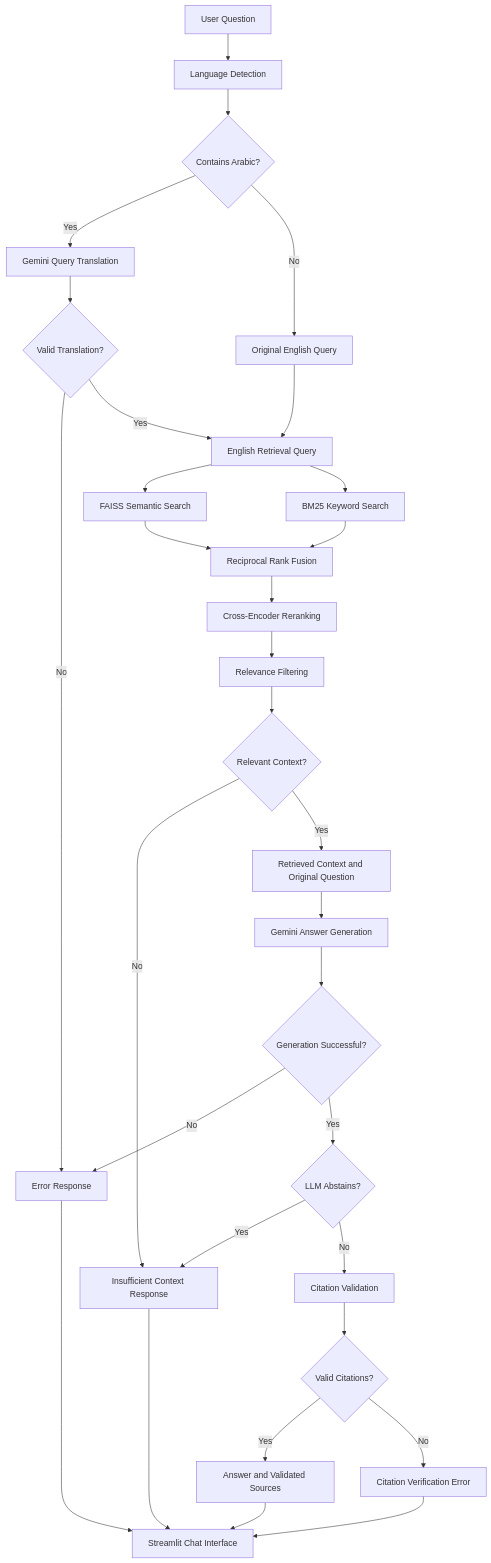
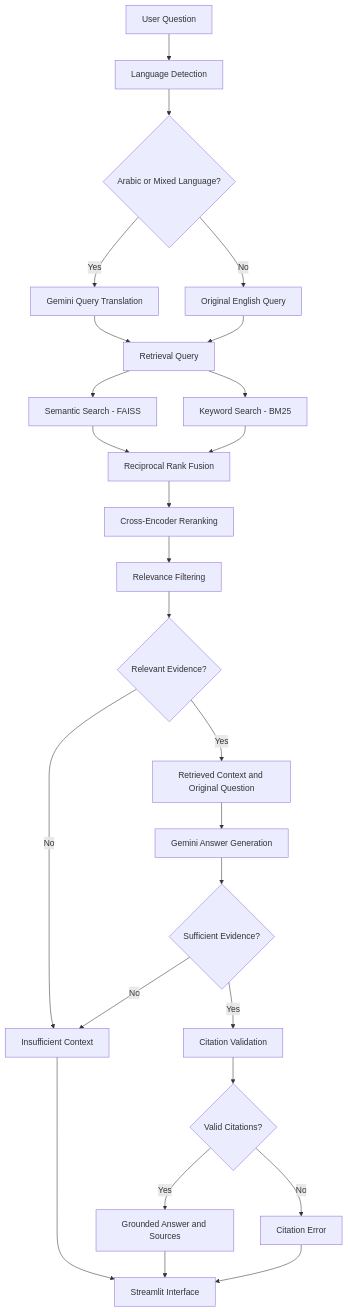
Before and after one commit to Maliii21/UniGuide-AI: the diagram in README.md, drawn with Mermaid. The commit also changed other lines of this file and 18 other files, not shown here.

````diff
--- a/README.md
+++ b/README.md
@@ -59,44 +49,28 @@
 ```mermaid
 flowchart TD
     A[User Question] --> B[Language Detection]
-    B --> C{Contains Arabic?}
-
+    B --> C{Arabic or Mixed Language?}
     C -->|Yes| D[Gemini Query Translation]
     C -->|No| E[Original English Query]
-
-    D --> V{Valid Translation?}
-    V -->|No| ERR[Error Response]
-    V -->|Yes| F[English Retrieval Query]
+    D --> F[Retrieval Query]
     E --> F
-
-    F --> G[FAISS Semantic Search]
-    F --> H[BM25 Keyword Search]
-
+    F --> G[Semantic Search - FAISS]
+    F --> H[Keyword Search - BM25]
     G --> I[Reciprocal Rank Fusion]
     H --> I
-
     I --> J[Cross-Encoder Reranking]
     J --> K[Relevance Filtering]
-    K --> L{Relevant Context?}
-
-    L -->|No| M[Insufficient Context Response]
-    L -->|Yes| CTX[Retrieved Context and Original Question]
-
-    CTX --> N[Gemini Answer Generation]
-    N --> API{Generation Successful?}
-
-    API -->|No| ERR
-    API -->|Yes| O{LLM Abstains?}
-
-    O -->|Yes| M
-    O -->|No| P[Citation Validation]
-
-    P --> Q{Valid Citations?}
-    Q -->|Yes| R[Answer and Validated Sources]
-    Q -->|No| S[Citation Verification Error]
-
-    M --> T[Streamlit Chat Interface]
-    R --> T
-    S --> T
-    ERR --> T
+    K --> L{Relevant Evidence?}
+    L -->|No| M[Insufficient Context]
+    L -->|Yes| N[Retrieved Context and Original Question]
+    N --> O[Gemini Answer Generation]
+    O --> P{Sufficient Evidence?}
+    P -->|No| M
+    P -->|Yes| Q[Citation Validation]
+    Q --> R{Valid Citations?}
+    R -->|Yes| S[Grounded Answer and Sources]
+    R -->|No| T[Citation Error]
+    M --> U[Streamlit Interface]
+    S --> U
+    T --> U
 ```
````
